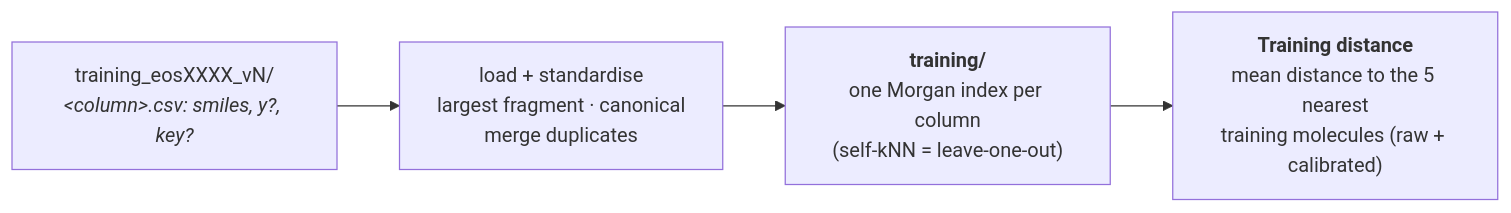
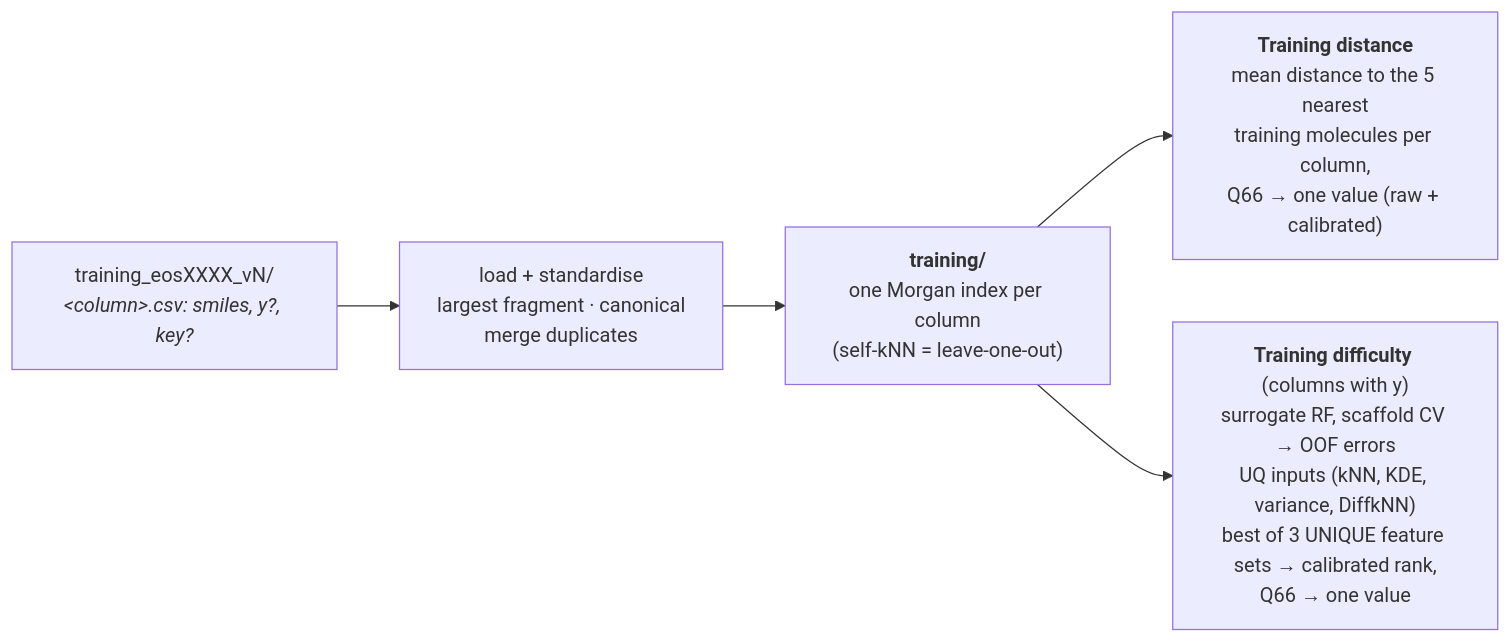
The second of 3 diagrams in docs/diagram.md (ersilia-os/eosquality), drawn with Mermaid before and after one commit. The commit also changed other lines of this file and 37 other files, not shown here.

````diff
--- a/docs/diagram.md
+++ b/docs/diagram.md
@@ -27,6 +27,7 @@
 ```mermaid
 flowchart LR
     TR["training_eosXXXX_vN/<br/><i>&lt;column&gt;.csv: smiles, y?, key?</i>"] --> LD["load + standardise<br/>largest fragment · canonical<br/>merge duplicates"]
     LD --> IDX["<b>training/</b><br/>one Morgan index per column<br/>(self-kNN = leave-one-out)"]
-    IDX --> TD["<b>Training distance</b><br/>mean distance to the 5 nearest<br/>training molecules (raw + calibrated)"]
+    IDX --> TD["<b>Training distance</b><br/>mean distance to the 5 nearest<br/>training molecules per column,<br/>Q66 → one value (raw + calibrated)"]
+    IDX --> TDF["<b>Training difficulty</b> (columns with y)<br/>surrogate RF, scaffold CV → OOF errors<br/>UQ inputs (kNN, KDE, variance, DiffkNN)<br/>best of 3 UNIQUE feature sets → calibrated rank,<br/>Q66 → one value"]
 ```
````
